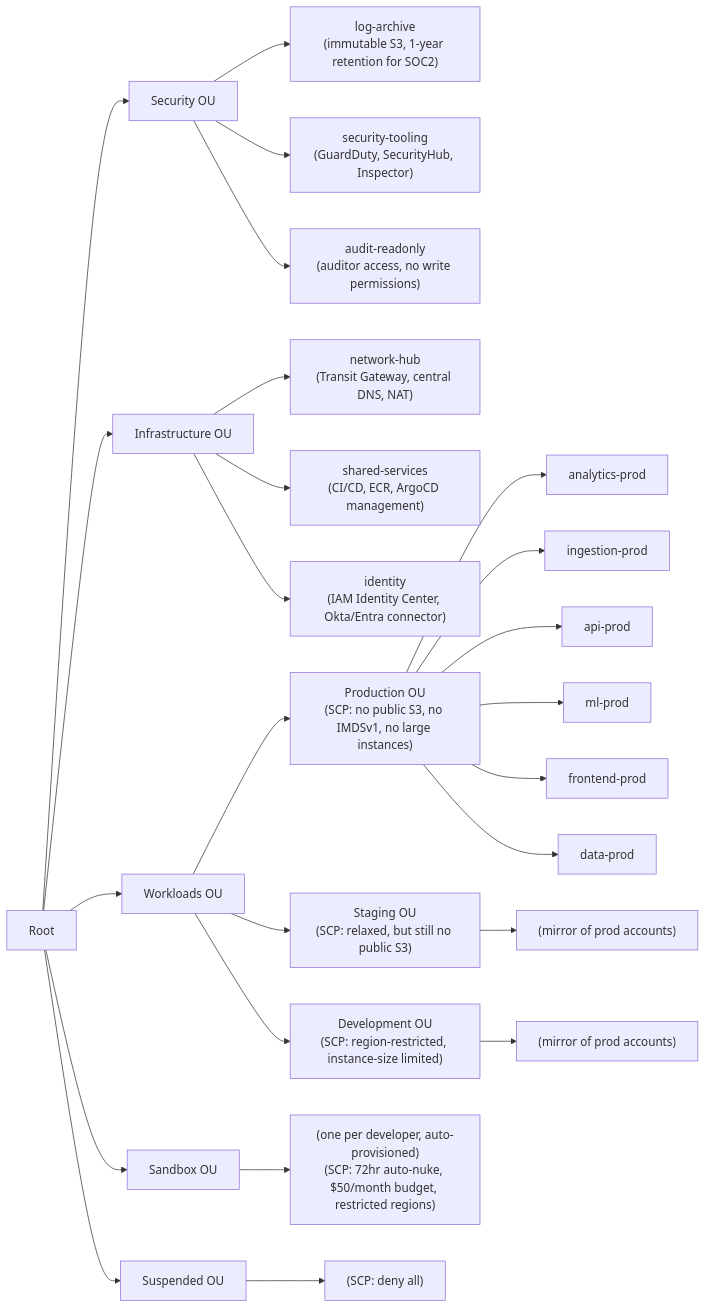
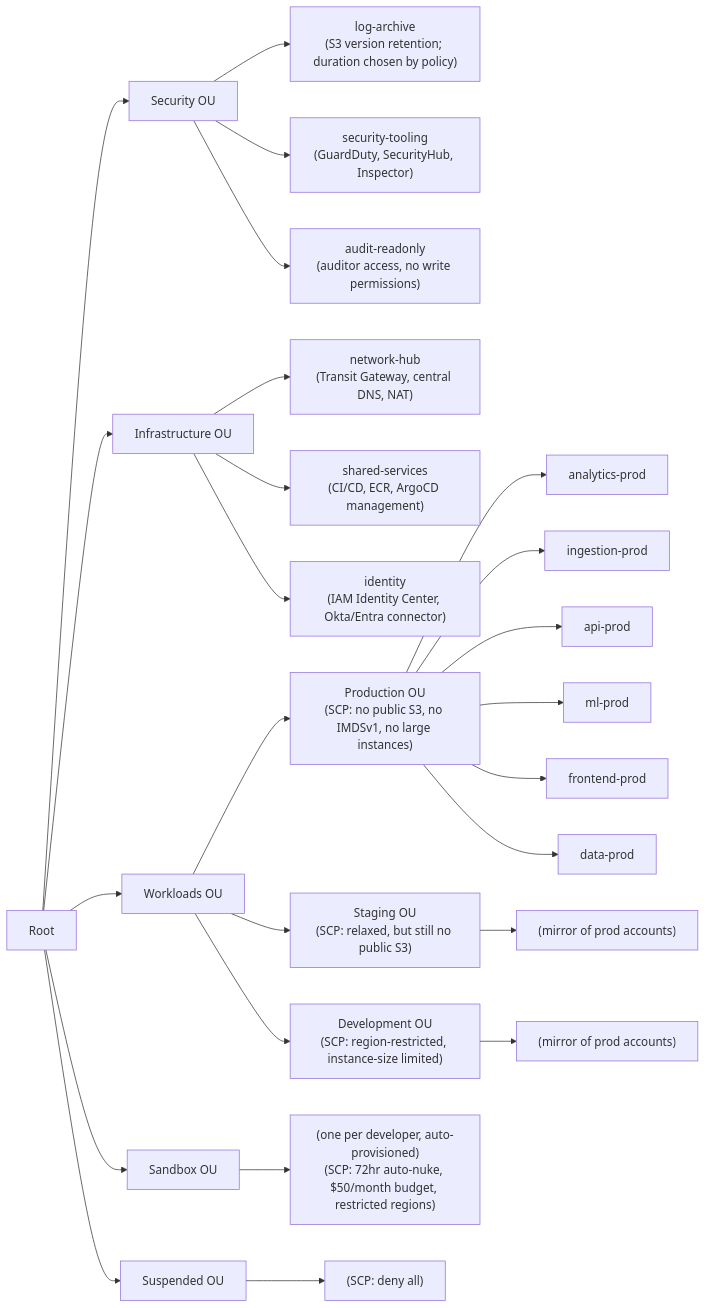
The seventh of 7 diagrams in src/content/docs/cloud/advanced-operations/module-8.1-multi-account.md (kube-dojo/kube-dojo.github.io), drawn with Mermaid before and after one commit. The commit also changed other lines of this file, not shown here.

Commit message:
fix(content): correct retention and EKS audit delivery #3430

````diff
--- a/src/content/docs/cloud/advanced-operations/module-8.1-multi-account.md
+++ b/src/content/docs/cloud/advanced-operations/module-8.1-multi-account.md
@@ -1134,34 +1141,34 @@
 ```mermaid
 flowchart LR
     Root[Root] --> Sec[Security OU]
     Root --> Infra[Infrastructure OU]
     Root --> WL[Workloads OU]
     Root --> SB[Sandbox OU]
     Root --> Susp[Suspended OU]
 
-    Sec --> Sec1["log-archive<br/>(immutable S3, 1-year retention for SOC2)"]
+    Sec --> Sec1["log-archive<br/>(S3 version retention; duration chosen by policy)"]
     Sec --> Sec2["security-tooling<br/>(GuardDuty, SecurityHub, Inspector)"]
     Sec --> Sec3["audit-readonly<br/>(auditor access, no write permissions)"]
 
     Infra --> Inf1["network-hub<br/>(Transit Gateway, central DNS, NAT)"]
     Infra --> Inf2["shared-services<br/>(CI/CD, ECR, ArgoCD management)"]
     Infra --> Inf3["identity<br/>(IAM Identity Center, Okta/Entra connector)"]
 
     WL --> Prod["Production OU<br/>(SCP: no public S3, no IMDSv1, no large instances)"]
     WL --> Stg["Staging OU<br/>(SCP: relaxed, but still no public S3)"]
     WL --> Dev["Development OU<br/>(SCP: region-restricted, instance-size limited)"]
 
     Prod --> P1[analytics-prod]
     Prod --> P2[ingestion-prod]
     Prod --> P3[api-prod]
     Prod --> P4[ml-prod]
     Prod --> P5[frontend-prod]
     Prod --> P6[data-prod]
 
     Stg --> S1["(mirror of prod accounts)"]
     Dev --> D1["(mirror of prod accounts)"]
 
     SB --> SB1["(one per developer, auto-provisioned)<br/>(SCP: 72hr auto-nuke, $50/month budget, restricted regions)"]
 
     Susp --> Susp1["(SCP: deny all)"]
 ```
````
